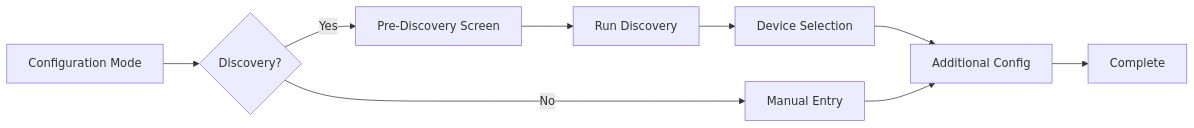
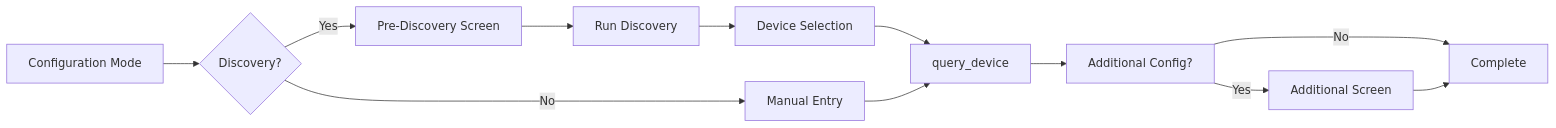
The diagram in docs/guide/setup-flow.md (JackJPowell/ucapi-framework), drawn with Mermaid before and after one commit. The commit also changed other lines of this file and 11 other files, not shown here.

````diff
--- a/docs/guide/setup-flow.md
+++ b/docs/guide/setup-flow.md
@@ -9,11 +9,14 @@
 ```mermaid
 graph LR
     A[Configuration Mode] --> B{Discovery?}
     B -->|Yes| C[Pre-Discovery Screen]
     C --> D[Run Discovery]
     D --> E[Device Selection]
     B -->|No| F[Manual Entry]
-    E --> G[Additional Config]
+    E --> G[query_device]
     F --> G
-    G --> H[Complete]
+    G --> H[Additional Config?]
+    H -->|Yes| I[Additional Screen]
+    H -->|No| J[Complete]
+    I --> J
 ```
````
